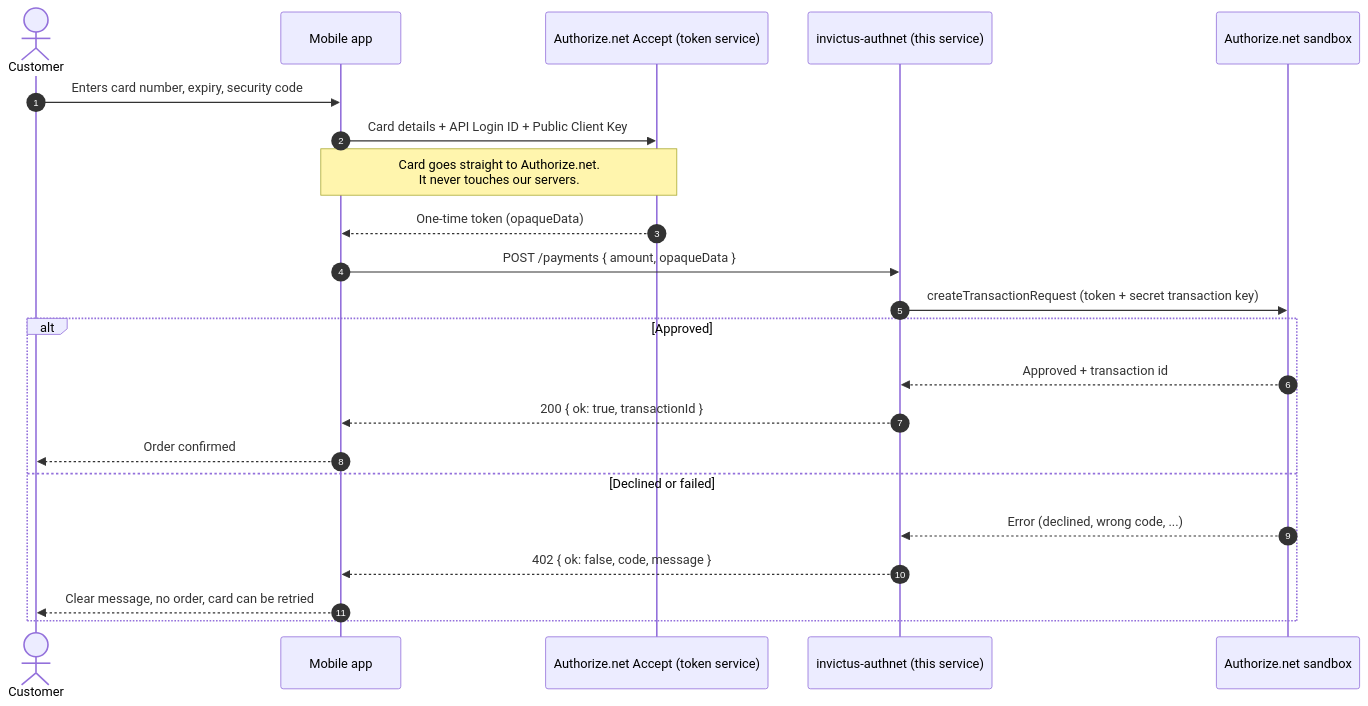
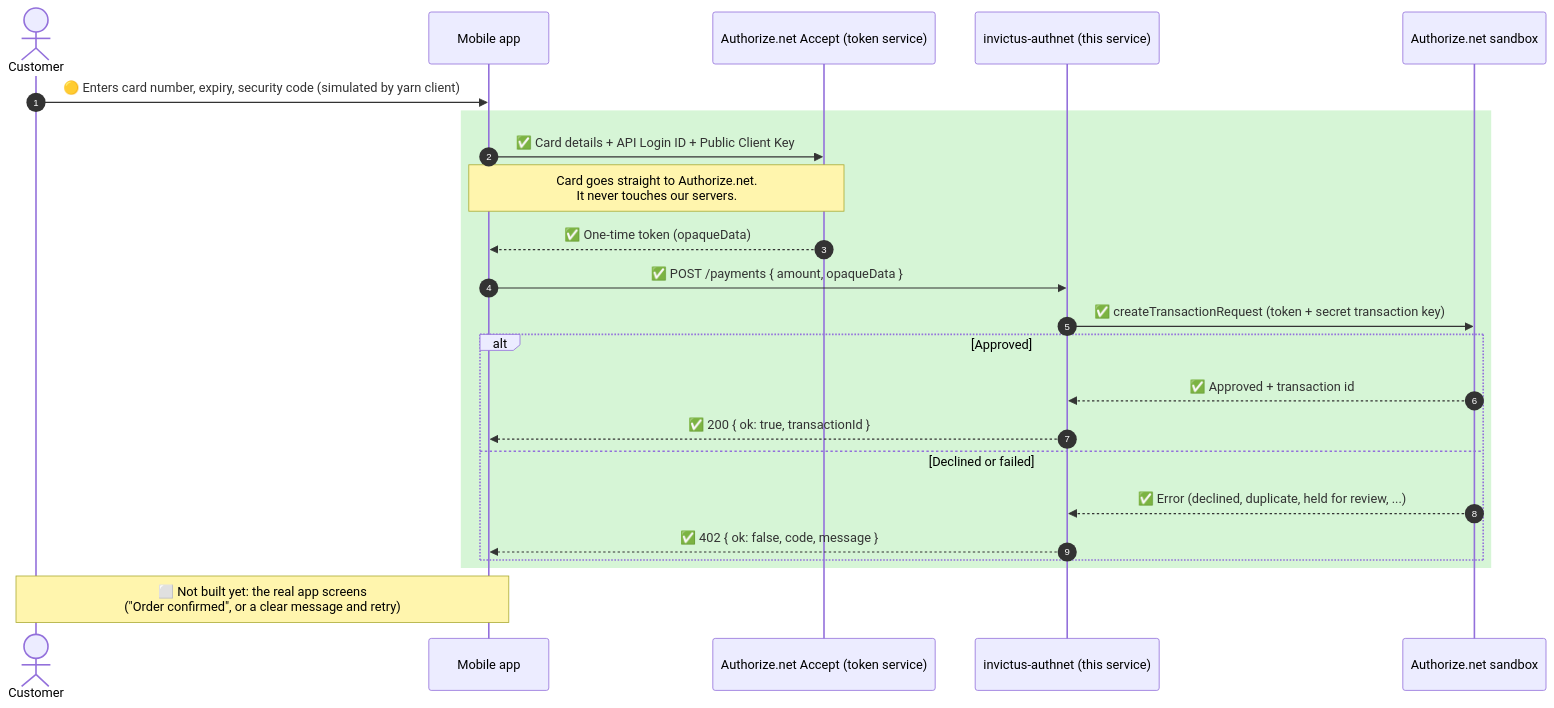
The diagram in README.md (binarytracer/authorize-net-integration), drawn with Mermaid before and after one commit. The commit also changed other lines of this file and 17 other files, not shown here.

First line of the commit message:
Add Swagger, class-validator, Yarn, swc and a mobile-client test script

````diff
--- a/README.md
+++ b/README.md
@@ -17,25 +116,26 @@
 ```mermaid
 sequenceDiagram
   autonumber
   actor U as Customer
   participant A as Mobile app
   participant AC as Authorize.net Accept (token service)
   participant API as invictus-authnet (this service)
   participant AN as Authorize.net sandbox
 
-  U->>A: Enters card number, expiry, security code
-  A->>AC: Card details + API Login ID + Public Client Key
-  Note over A,AC: Card goes straight to Authorize.net.<br/>It never touches our servers.
-  AC-->>A: One-time token (opaqueData)
-  A->>API: POST /payments { amount, opaqueData }
-  API->>AN: createTransactionRequest (token + secret transaction key)
-  alt Approved
-    AN-->>API: Approved + transaction id
-    API-->>A: 200 { ok: true, transactionId }
-    A-->>U: Order confirmed
-  else Declined or failed
-    AN-->>API: Error (declined, wrong code, ...)
-    API-->>A: 402 { ok: false, code, message }
-    A-->>U: Clear message, no order, card can be retried
+  U->>A: 🟡 Enters card number, expiry, security code (simulated by yarn client)
+  rect rgb(214, 245, 214)
+    A->>AC: ✅ Card details + API Login ID + Public Client Key
+    Note over A,AC: Card goes straight to Authorize.net.<br/>It never touches our servers.
+    AC-->>A: ✅ One-time token (opaqueData)
+    A->>API: ✅ POST /payments { amount, opaqueData }
+    API->>AN: ✅ createTransactionRequest (token + secret transaction key)
+    alt Approved
+      AN-->>API: ✅ Approved + transaction id
+      API-->>A: ✅ 200 { ok: true, transactionId }
+    else Declined or failed
+      AN-->>API: ✅ Error (declined, duplicate, held for review, ...)
+      API-->>A: ✅ 402 { ok: false, code, message }
+    end
   end
+  Note over U,A: ⬜ Not built yet: the real app screens<br/>("Order confirmed", or a clear message and retry)
 ```
````
